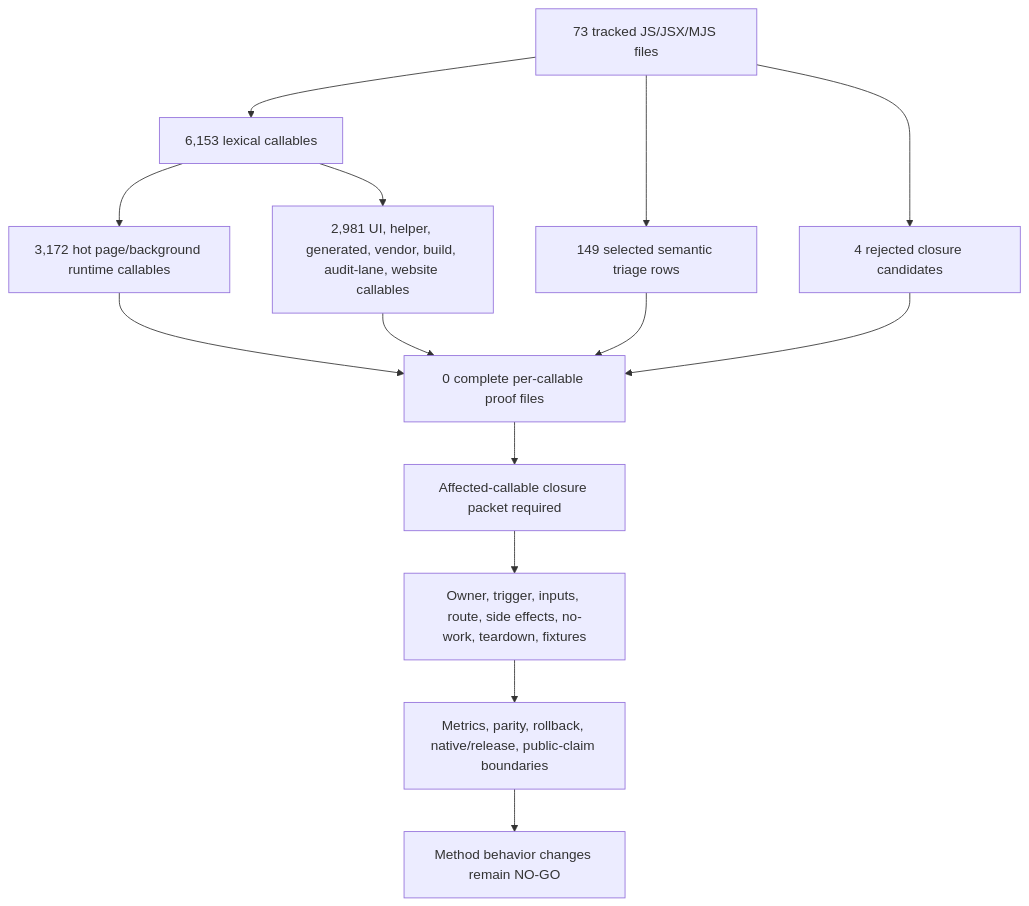
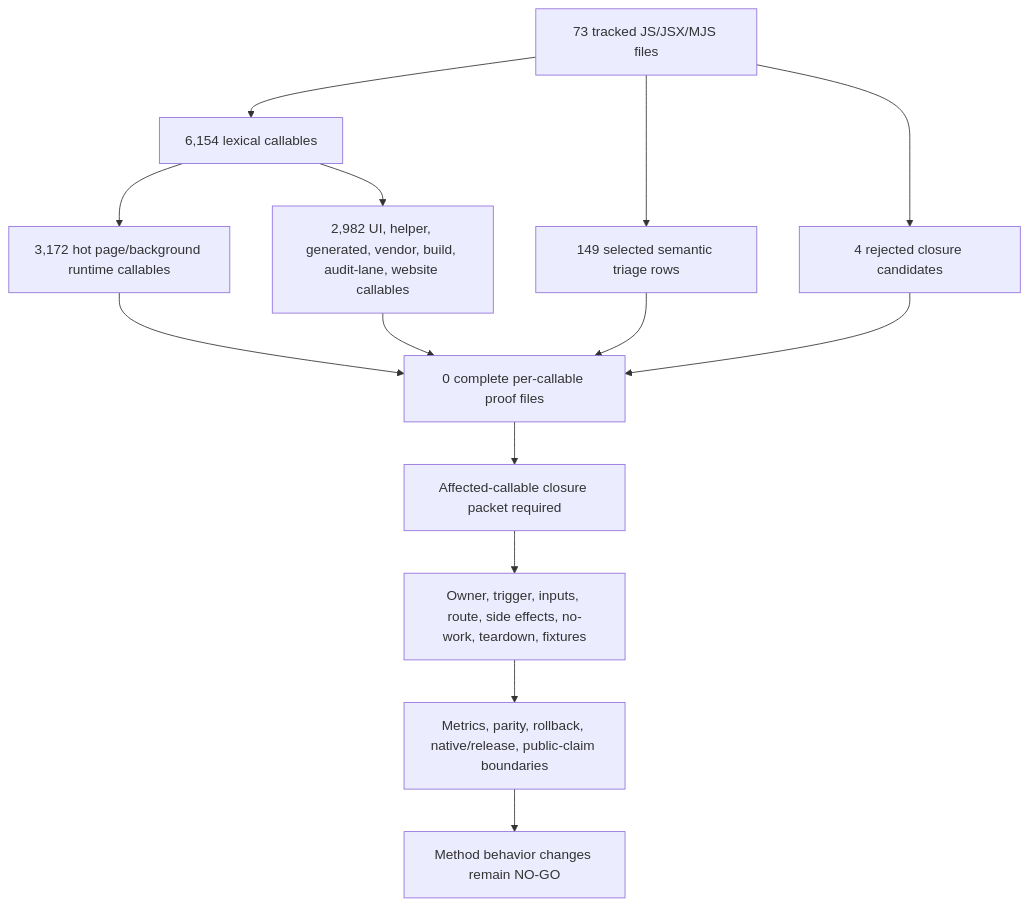
One commit to varshneydevansh/FilterTube changed the first of 2 diagrams in docs/audit/FILTERTUBE_METHOD_SEMANTIC_PROOF_GAP_INDEX_CURRENT_BEHAVIOR_2026-05-25.md. Above: the diagram before and after it, drawn with Mermaid. The commit also changed other lines of this file and 51 other files, not shown here.

````diff
--- a/docs/audit/FILTERTUBE_METHOD_SEMANTIC_PROOF_GAP_INDEX_CURRENT_BEHAVIOR_2026-05-25.md
+++ b/docs/audit/FILTERTUBE_METHOD_SEMANTIC_PROOF_GAP_INDEX_CURRENT_BEHAVIOR_2026-05-25.md
@@ -147,16 +147,16 @@
 ```mermaid
 flowchart TD
-  A["73 tracked JS/JSX/MJS files"] --> B["6,153 lexical callables"]
+  A["73 tracked JS/JSX/MJS files"] --> B["6,154 lexical callables"]
   B --> C["3,172 hot page/background runtime callables"]
-  B --> D["2,981 UI, helper, generated, vendor, build, audit-lane, website callables"]
+  B --> D["2,982 UI, helper, generated, vendor, build, audit-lane, website callables"]
   A --> E["149 selected semantic triage rows"]
   A --> F["4 rejected closure candidates"]
   C --> G["0 complete per-callable proof files"]
   D --> G
   E --> G
   F --> G
   G --> H["Affected-callable closure packet required"]
   H --> I["Owner, trigger, inputs, route, side effects, no-work, teardown, fixtures"]
   I --> J["Metrics, parity, rollback, native/release, public-claim boundaries"]
   J --> K["Method behavior changes remain NO-GO"]
 ```
````
